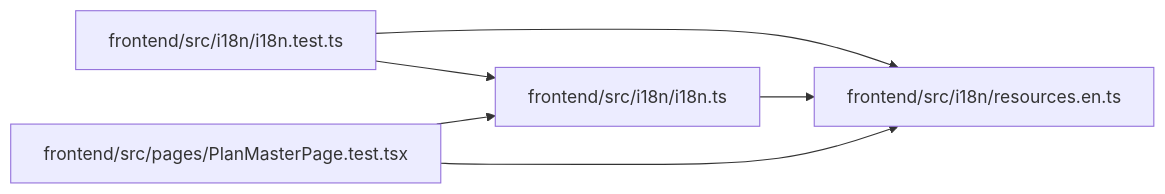
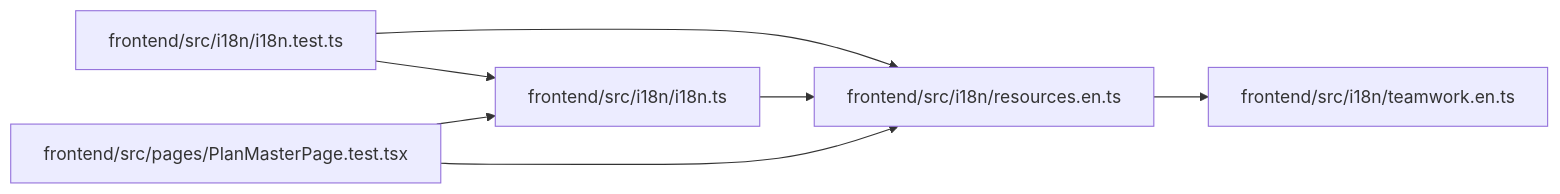
One commit to Denissvgn/WorkChord changed the diagram in docs/llm_wiki/modules/resources.en.md. Above: the diagram before and after it, drawn with Mermaid. The commit also changed other lines of this file and 1888 other files, not shown here.

````diff
--- a/docs/llm_wiki/modules/resources.en.md
+++ b/docs/llm_wiki/modules/resources.en.md
@@ -19,16 +25,19 @@
 ```mermaid
 flowchart LR
     n0["frontend/src/i18n/i18n.test.ts"]
     n1["frontend/src/i18n/i18n.ts"]
     n2["frontend/src/i18n/resources.en.ts"]
-    n3["frontend/src/pages/PlanMasterPage.test.tsx"]
+    n3["frontend/src/i18n/teamwork.en.ts"]
+    n4["frontend/src/pages/PlanMasterPage.test.tsx"]
     n0 --> n1
     n0 --> n2
     n1 --> n2
-    n3 --> n1
-    n3 --> n2
+    n2 --> n3
+    n4 --> n1
+    n4 --> n2
     click n0 "../modules/i18n.test.md"
     click n1 "../modules/i18n.md"
     click n2 "../modules/resources.en.md"
-    click n3 "../modules/PlanMasterPage.test.md"
+    click n3 "../modules/teamwork.en.md"
+    click n4 "../modules/PlanMasterPage.test.md"
 ```
````
